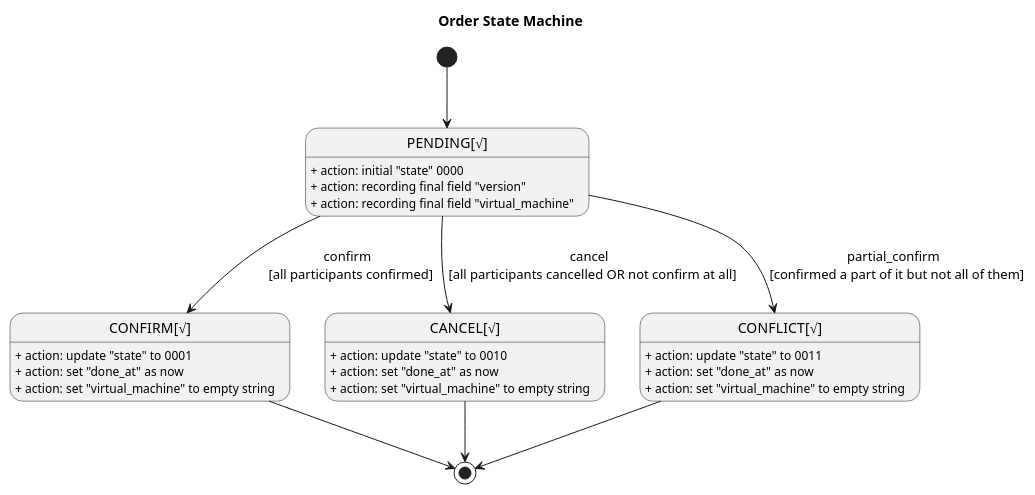
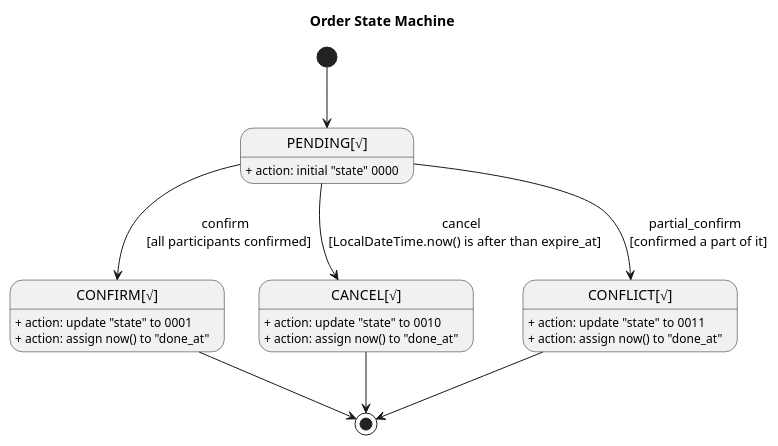
Before and after one commit to prontera/spring-cloud-rest-tcc: the diagram in rest-tcc-projects/rest-tcc-order/src/main/resources/puml/order-state.puml, drawn with PlantUML. The commit also changed 12 other files, not shown here.

```diff
--- a/rest-tcc-projects/rest-tcc-order/src/main/resources/puml/order-state.puml
+++ b/rest-tcc-projects/rest-tcc-order/src/main/resources/puml/order-state.puml
@@ -1,34 +1,29 @@
 @startuml
 skinparam monochrome true
 scale 1
 title Order State Machine
 
 ' State
 state "PENDING[√]" as PENDING
 PENDING: + action: initial "state" 0000
-PENDING: + action: recording final field "version"
-PENDING: + action: recording final field "virtual_machine"
 '''
 state "CONFIRM[√]" as CONFIRM
 CONFIRM: + action: update "state" to 0001
-CONFIRM: + action: set "done_at" as now
-CONFIRM: + action: set "virtual_machine" to empty string
+CONFIRM: + action: assign now() to "done_at"
 '''
 state "CANCEL[√]" as CANCEL
 CANCEL: + action: update "state" to 0010
-CANCEL: + action: set "done_at" as now
-CANCEL: + action: set "virtual_machine" to empty string
+CANCEL: + action: assign now() to "done_at"
 '''
 state "CONFLICT[√]" as CONFLICT
 CONFLICT: + action: update "state" to 0011
-CONFLICT: + action: set "done_at" as now
-CONFLICT: + action: set "virtual_machine" to empty string
+CONFLICT: + action: assign now() to "done_at"
 ' Transition
 [*] --> PENDING
 PENDING --> CONFIRM: confirm \n [all participants confirmed]
-PENDING --> CANCEL: cancel \n [all participants cancelled OR not confirm at all]
-PENDING --> CONFLICT: partial_confirm \n [confirmed a part of it but not all of them]
+PENDING --> CANCEL: cancel \n [LocalDateTime.now() is after than expire_at]
+PENDING --> CONFLICT: partial_confirm \n [confirmed a part of it]
 CONFIRM --> [*]
 CANCEL --> [*]
 CONFLICT --> [*]
 @enduml
```
